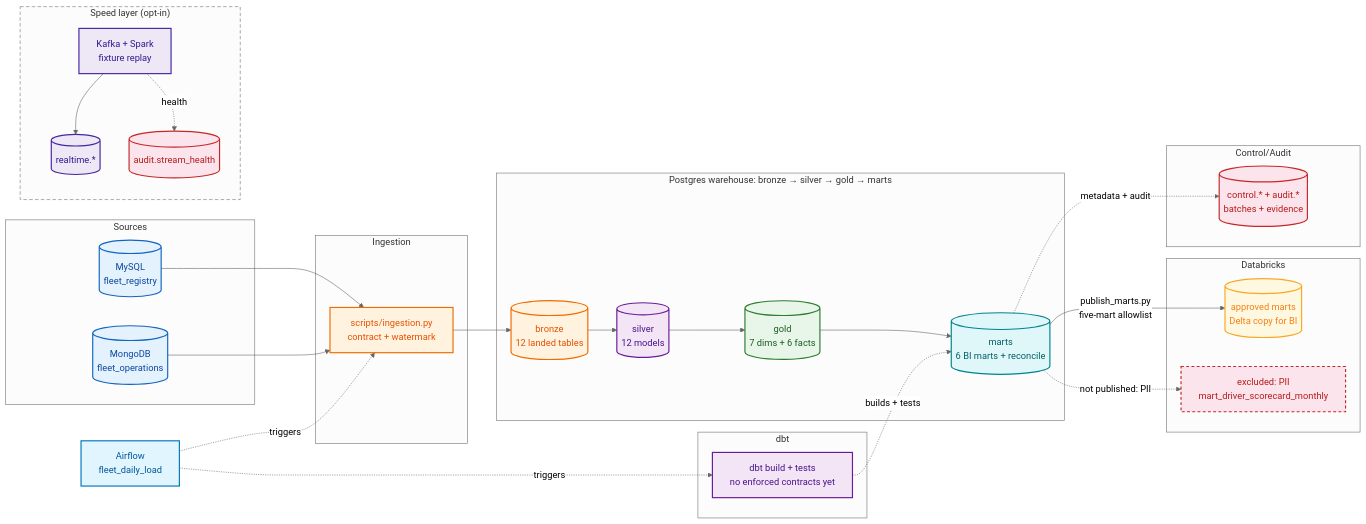
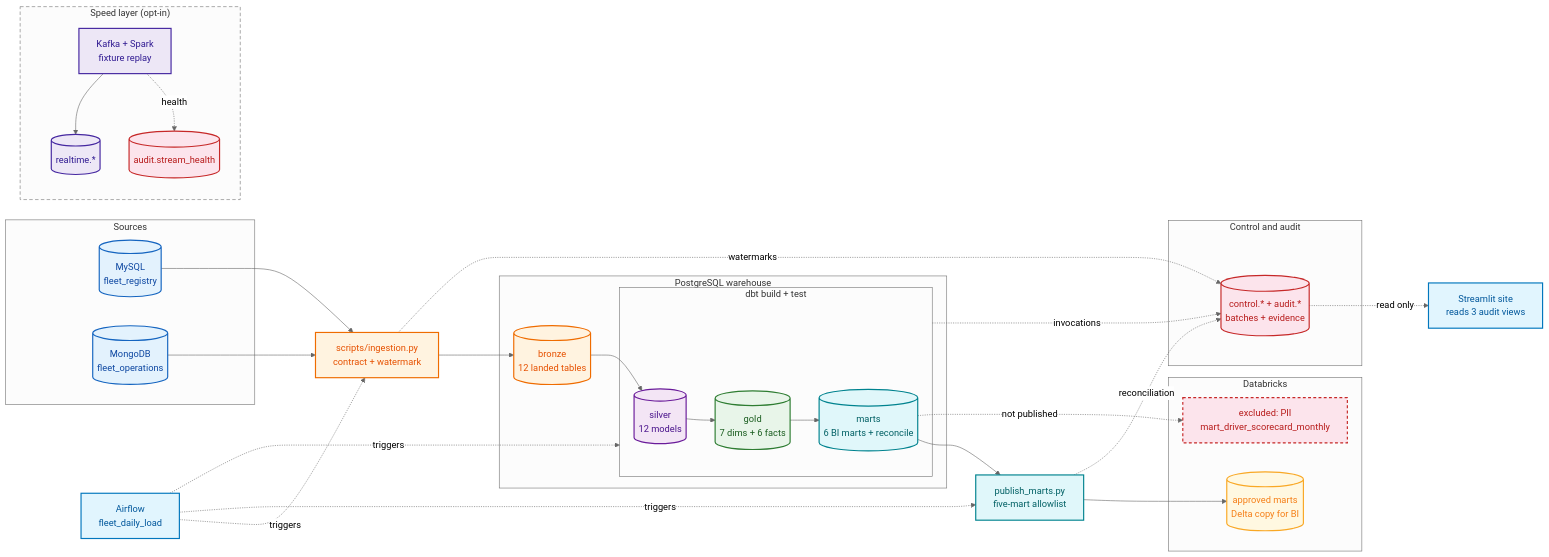
Before and after one commit to Nitinx12/Fleet-dbt-warehouse: the first of 2 diagrams in README.md, drawn with Mermaid (neutral theme). The commit also changed other lines of this file, not shown here.

````diff
--- a/README.md
+++ b/README.md
@@ -61,57 +61,71 @@
 ```mermaid
 flowchart LR
   classDef src fill:#e3f2fd,stroke:#1565c0,stroke-width:2px,color:#0d47a1
   classDef bronze fill:#fff3e0,stroke:#ef6c00,stroke-width:2px,color:#e65100
   classDef silver fill:#f3e5f5,stroke:#6a1b9a,stroke-width:2px,color:#4a148c
   classDef gold fill:#e8f5e9,stroke:#2e7d32,stroke-width:2px,color:#1b5e20
   classDef mart fill:#e0f7fa,stroke:#00838f,stroke-width:2px,color:#006064
   classDef bi fill:#fff8e1,stroke:#f9a825,stroke-width:2px,color:#f57f17
   classDef ctrl fill:#fce4ec,stroke:#c62828,stroke-width:2px,color:#b71c1c
   classDef orch fill:#e1f5fe,stroke:#0277bd,stroke-width:2px,color:#01579b
   classDef speed fill:#ede7f6,stroke:#4527a0,stroke-width:2px,color:#311b92
-  classDef blocked fill:#fce4ec,stroke:#c62828,stroke-width:2px,stroke-dasharray: 5 4,color:#b71c1c
+  classDef blocked fill:#fce4ec,stroke:#c62828,stroke-width:2px,stroke-dasharray:5 4,color:#b71c1c
+
   AF["Airflow<br/>fleet_daily_load"]:::orch
+
   subgraph sources["Sources"]
     MYSQL[("MySQL<br/>fleet_registry")]:::src
     MONGO[("MongoDB<br/>fleet_operations")]:::src
   end
-  subgraph ingestion["Ingestion"]
-    ING["scripts/ingestion.py<br/>contract + watermark"]:::bronze
+
+  ING["scripts/ingestion.py<br/>contract + watermark"]:::bronze
+
+  subgraph warehouse["PostgreSQL warehouse"]
+    BRONZE[("bronze<br/>12 landed tables")]:::bronze
+    subgraph dbt["dbt build + test"]
+      SILVER[("silver<br/>12 models")]:::silver
+      GOLD[("gold<br/>7 dims + 6 facts")]:::gold
+      MARTS[("marts<br/>6 BI marts + reconcile")]:::mart
+    end
   end
-  subgraph warehouse["Postgres warehouse: bronze → silver → gold → marts"]
-    BRONZE[("bronze<br/>12 landed tables")]:::bronze
-    SILVER[("silver<br/>12 models")]:::silver
-    GOLD[("gold<br/>7 dims + 6 facts")]:::gold
-    MARTS[("marts<br/>6 BI marts + reconcile")]:::mart
-  end
-  subgraph dbt_layer["dbt"]
-    DBT["dbt build + tests<br/>no enforced contracts yet"]:::silver
-  end
+
+  PUB["publish_marts.py<br/>five-mart allowlist"]:::mart
+
   subgraph databricks["Databricks"]
     DATABRICKS[("approved marts<br/>Delta copy for BI")]:::bi
     BLOCKED["excluded: PII<br/>mart_driver_scorecard_monthly"]:::blocked
   end
-  subgraph control_audit["Control/Audit"]
+
+  subgraph control_audit["Control and audit"]
     CTRL[("control.* + audit.*<br/>batches + evidence")]:::ctrl
   end
+
+  STREAMLIT["Streamlit site<br/>reads 3 audit views"]:::orch
+
   subgraph speed["Speed layer (opt-in)"]
     SPEED["Kafka + Spark<br/>fixture replay"]:::speed
     REALTIME[("realtime.*")]:::speed
     STREAMHEALTH[("audit.stream_health")]:::ctrl
   end
+
   MYSQL --> ING
   MONGO --> ING
   ING --> BRONZE
-  BRONZE --> SILVER
-  SILVER --> GOLD
-  GOLD --> MARTS
-  MARTS -->|"publish_marts.py<br/>five-mart allowlist"| DATABRICKS
-  MARTS -. "not published: PII" .-> BLOCKED
+  BRONZE --> SILVER --> GOLD --> MARTS
+  MARTS --> PUB --> DATABRICKS
+  MARTS -. "not published" .-> BLOCKED
+
   AF -. triggers .-> ING
-  AF -. triggers .-> DBT
-  DBT -. "builds + tests" .-> MARTS
-  MARTS -. "metadata + audit" .-> CTRL
+  AF -. triggers .-> dbt
+  AF -. triggers .-> PUB
+
+  ING -. watermarks .-> CTRL
+  dbt -. invocations .-> CTRL
+  PUB -. reconciliation .-> CTRL
+  CTRL -. read only .-> STREAMLIT
+
   SPEED --> REALTIME
   SPEED -. health .-> STREAMHEALTH
-  style speed stroke-dasharray: 6 4
+
+  style speed stroke-dasharray:6 4
 ```
````
